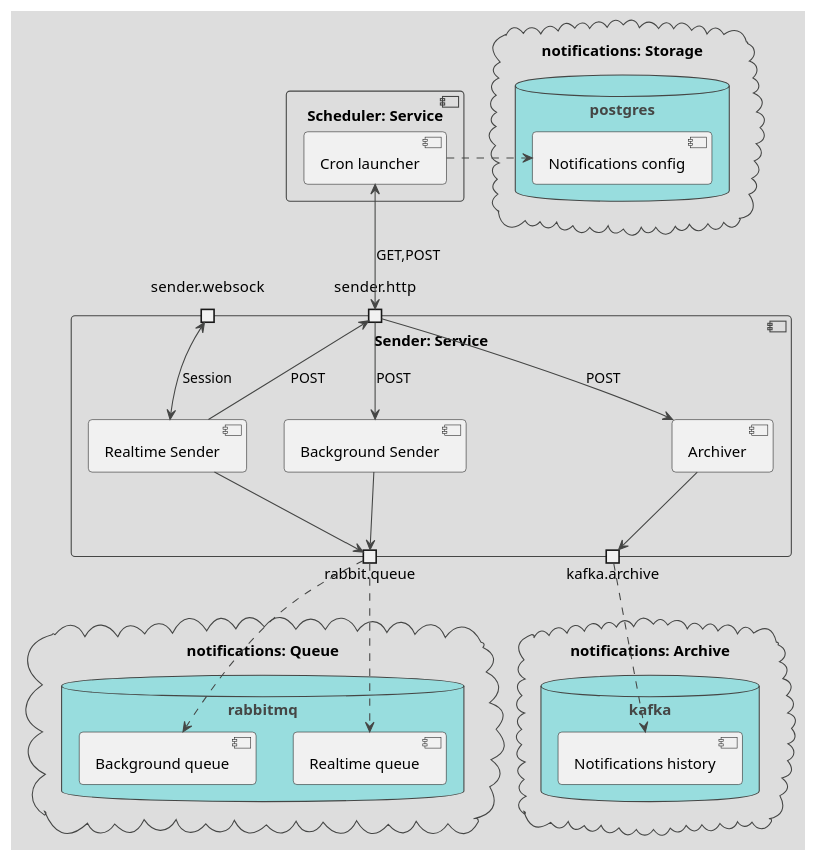
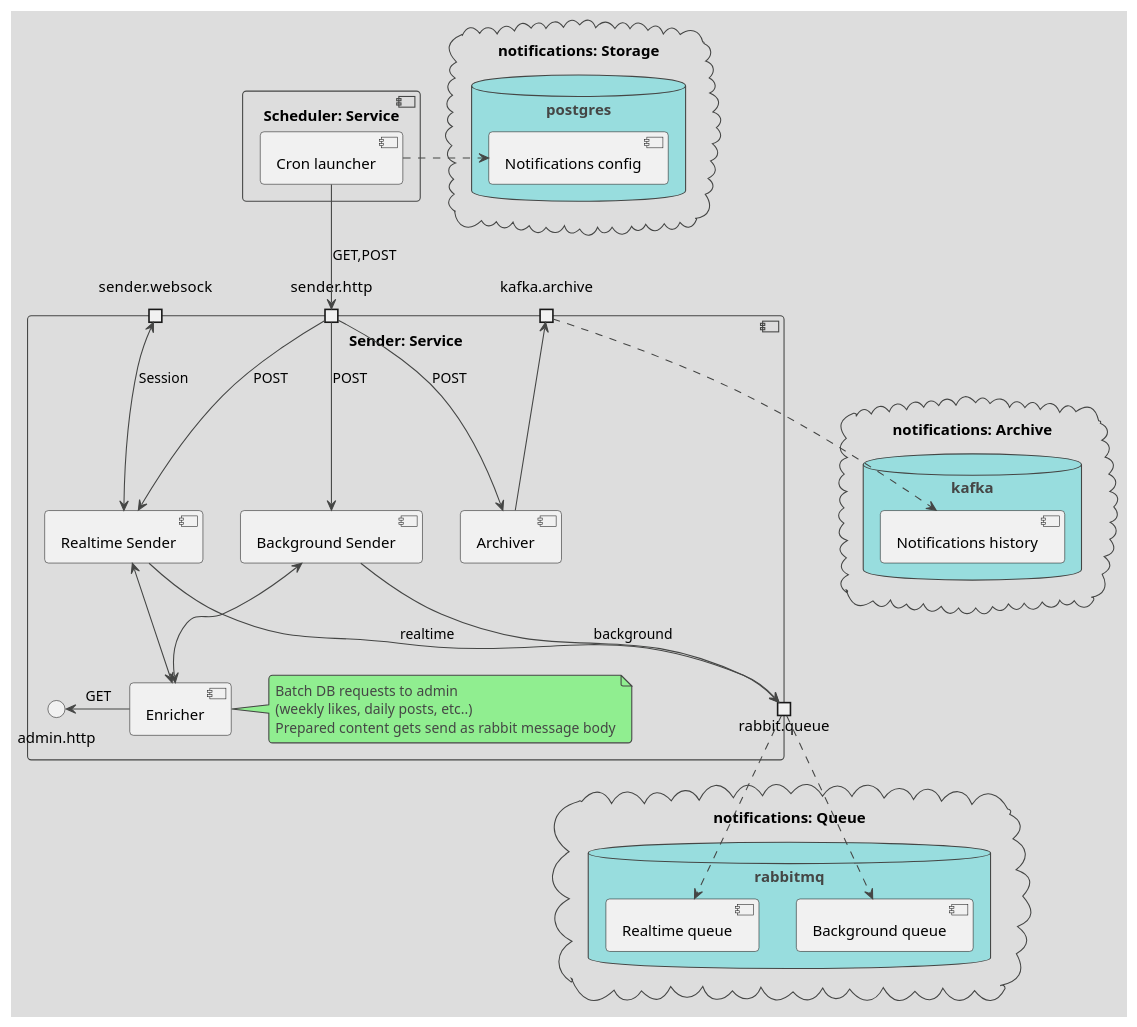
One commit to ilya-spy/notifications_sprint_1 changed the diagram in doc/arch/notifications_sender.puml. Above: the diagram before and after it, drawn with PlantUML. The commit also changed 6 other files, not shown here.

```diff
--- a/doc/arch/notifications_sender.puml
+++ b/doc/arch/notifications_sender.puml
@@ -1,70 +1,75 @@
 @startuml "Notifications sender module"
 !theme toy
 '''Часть сервиса уведомлений, отвечающая за создание и администрирование нотификаций'''
 
 
 '''Хранилища и внешние сервисы'''
 cloud "notifications: Storage" {
     database "postgres" {
         [Notifications config]
 
     }
 }
 
 cloud "notifications: Queue" {
     database "rabbitmq" {
         [Realtime queue]
         [Background queue]
     }
 }
 
 cloud "notifications: Archive" {
     database "kafka" {
         [Notifications history]
     }
 }
 
 
 '''Компоненты бизнес-логики'''
 component "Scheduler: Service" {
     'Компоненты службы'
     [Cron launcher]
 }
 
 component "Sender: Service" {
     'Внешние интерфейсы службы'
-    portin sender.websock
-    portin sender.http
-
+    port sender.websock
+    port sender.http
+    
+    port kafka.archive
     portout rabbit.queue
-    portout kafka.archive
 
     'Компоненты службы'
+    [Enricher]
+    note right of [Enricher]:  Batch DB requests to admin\n(weekly likes, daily posts, etc..)\nPrepared content gets send as rabbit message body
     [Realtime Sender]
     [Background Sender]
     [Archiver]
 
     'Внутренние каналы службы'
+    [Realtime Sender] <--> [Enricher]
+    [Background Sender] <--> [Enricher]
 
     'Обслуживание внешних интерфейсы'
     sender.http --> [Background Sender]: POST
     sender.http --> [Archiver]: POST
-    sender.http <-- [Realtime Sender]: POST
+    sender.http --> [Realtime Sender]: POST
+    admin.http  <- [Enricher]: GET
 
     sender.websock <--> [Realtime Sender]: Session
 
     [Archiver] --> kafka.archive
-    [Realtime Sender] --> rabbit.queue
-    [Background Sender] --> rabbit.queue
+    [Realtime Sender] --> rabbit.queue: realtime
+    [Background Sender] --> rabbit.queue: background
 }
 
 
 '''Обслуживание внешних и облачных сервисов'''
 [Cron launcher] .> [Notifications config]
-[Cron launcher] <--> sender.http: GET,POST
+[Cron launcher] --> sender.http: GET,POST
 
 kafka.archive ..>  [Notifications history]
 rabbit.queue ..> [Background queue]
 rabbit.queue ..> [Realtime queue]
 
 @enduml
```
